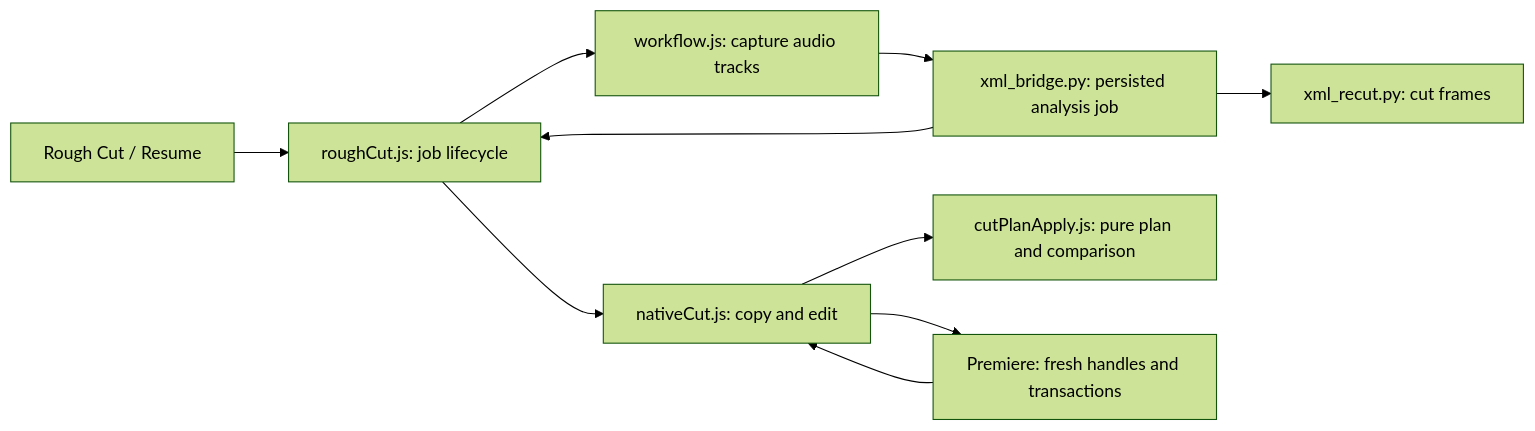
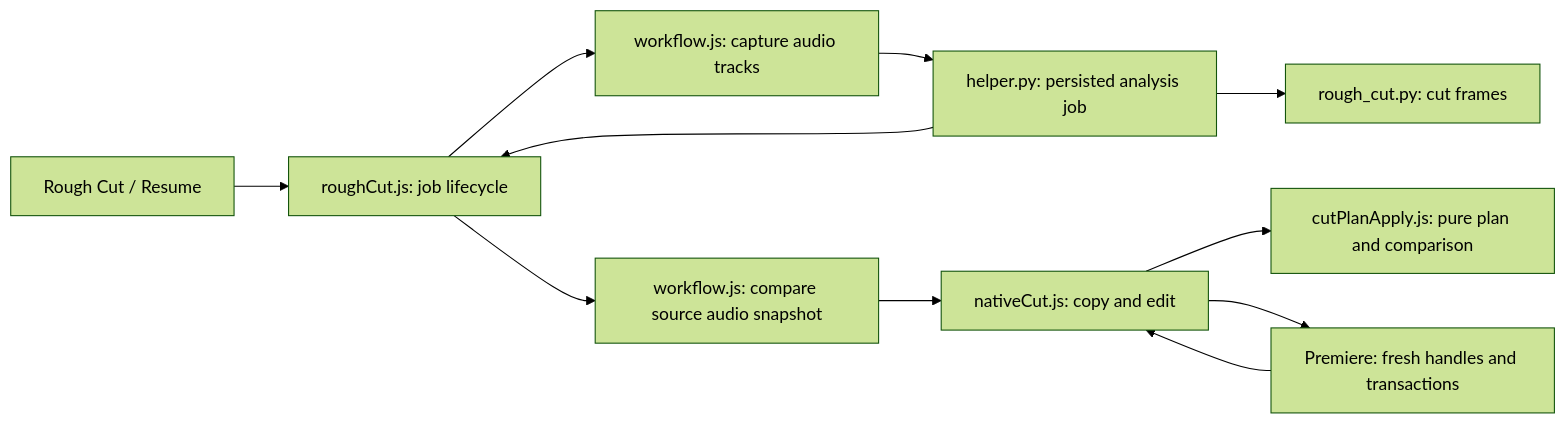
One commit to thanaponai01-collab/B-transcriber changed the diagram in docs/rough-cut.md. Above: the diagram before and after it, drawn with Mermaid (forest theme). The commit also changed other lines of this file and 70 other files, not shown here.

Commit message:
refactor(cutdeck): retire XML rough cuts and guard source snapshots

````diff
--- a/docs/rough-cut.md
+++ b/docs/rough-cut.md
@@ -16,12 +19,13 @@
 ```mermaid
 flowchart LR
   button["Rough Cut / Resume"] --> feature["roughCut.js: job lifecycle"]
   feature --> workflow["workflow.js: capture audio tracks"]
-  workflow --> helper["xml_bridge.py: persisted analysis job"]
-  helper --> analysis["xml_recut.py: cut frames"]
+  workflow --> helper["helper.py: persisted analysis job"]
+  helper --> analysis["rough_cut.py: cut frames"]
   helper --> feature
-  feature --> native["nativeCut.js: copy and edit"]
+  feature --> guard["workflow.js: compare source audio snapshot"]
+  guard --> native["nativeCut.js: copy and edit"]
   native --> plan["cutPlanApply.js: pure plan and comparison"]
   native --> host["Premiere: fresh handles and transactions"]
   host --> native
 ```
````
